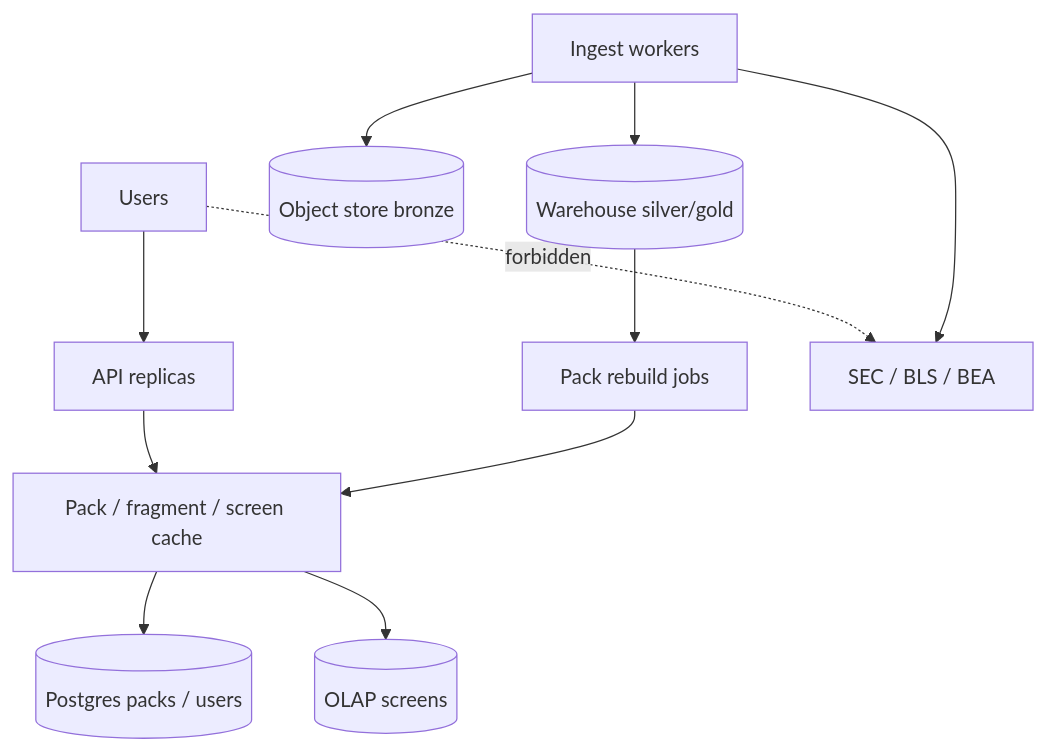
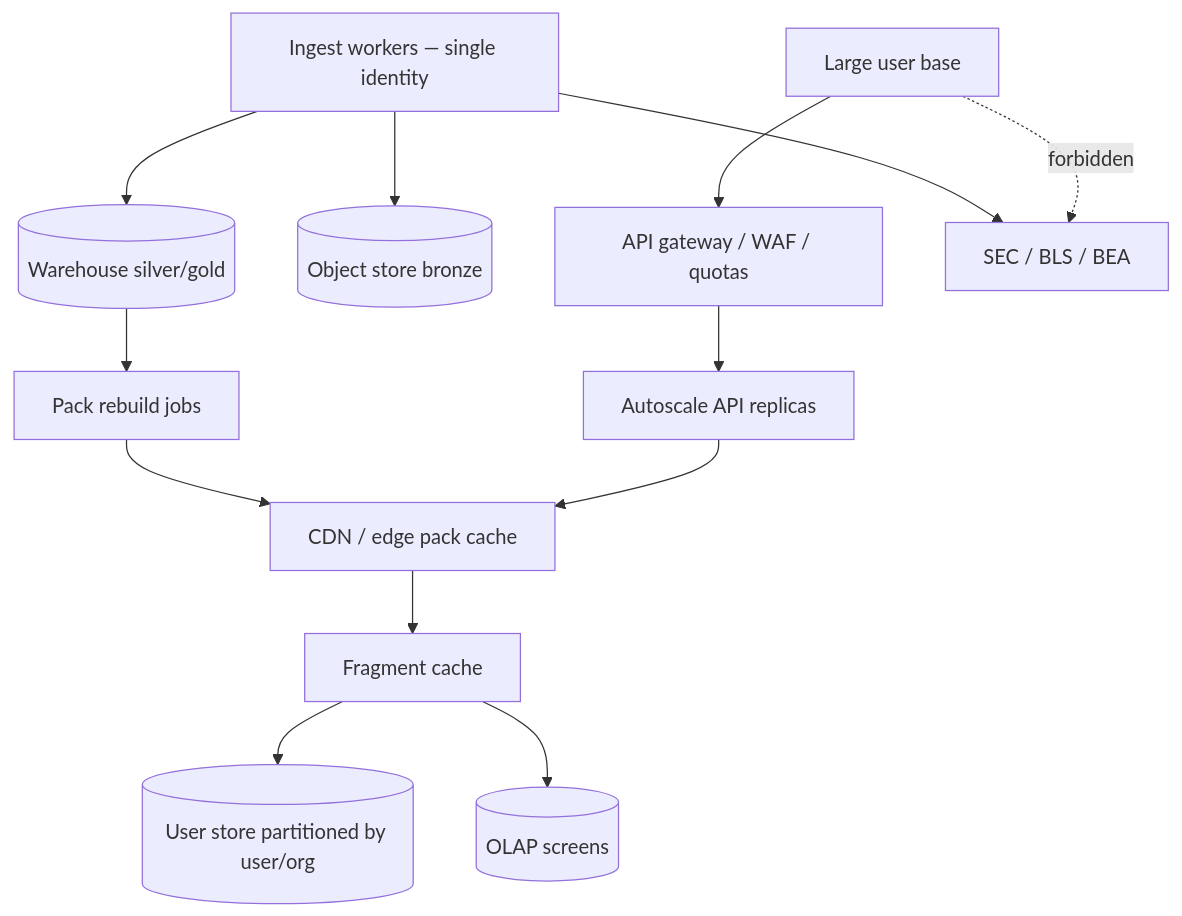
Before and after one commit to r3s0lv343vr/Market-Intelligence-Platform: the eighth of 8 diagrams in docs/BUILD_PLAN.md, drawn with Mermaid. The commit also changed other lines of this file and 2 other files, not shown here.

Commit message:
Design serving for a large audience, not a 1500-user ceiling
Treat 1500 as an early cohort. Ingest stays one budgeted plane; shared packs, quotas, partitioned user state, and API autoscaling carry growth.

````diff
--- a/docs/BUILD_PLAN.md
+++ b/docs/BUILD_PLAN.md
@@ -268,15 +270,17 @@
 ```mermaid
 flowchart TB
-  U[Users] --> API[API replicas]
-  API --> CACHE[Pack / fragment / screen cache]
-  CACHE --> PG[(Postgres packs / users)]
+  U[Large user base] --> GW[API gateway / WAF / quotas]
+  GW --> API[Autoscale API replicas]
+  API --> EDGE[CDN / edge pack cache]
+  EDGE --> CACHE[Fragment cache]
+  CACHE --> PG[(User store partitioned by user/org)]
   CACHE --> OLAP[(OLAP screens)]
 
-  ING[Ingest workers] --> BR[(Object store bronze)]
+  ING[Ingest workers — single identity] --> BR[(Object store bronze)]
   ING --> SV[(Warehouse silver/gold)]
   SV --> PACKJOB[Pack rebuild jobs]
-  PACKJOB --> CACHE
+  PACKJOB --> EDGE
 
   U -.->|forbidden| SRC[SEC / BLS / BEA]
   ING --> SRC
 ```
````
